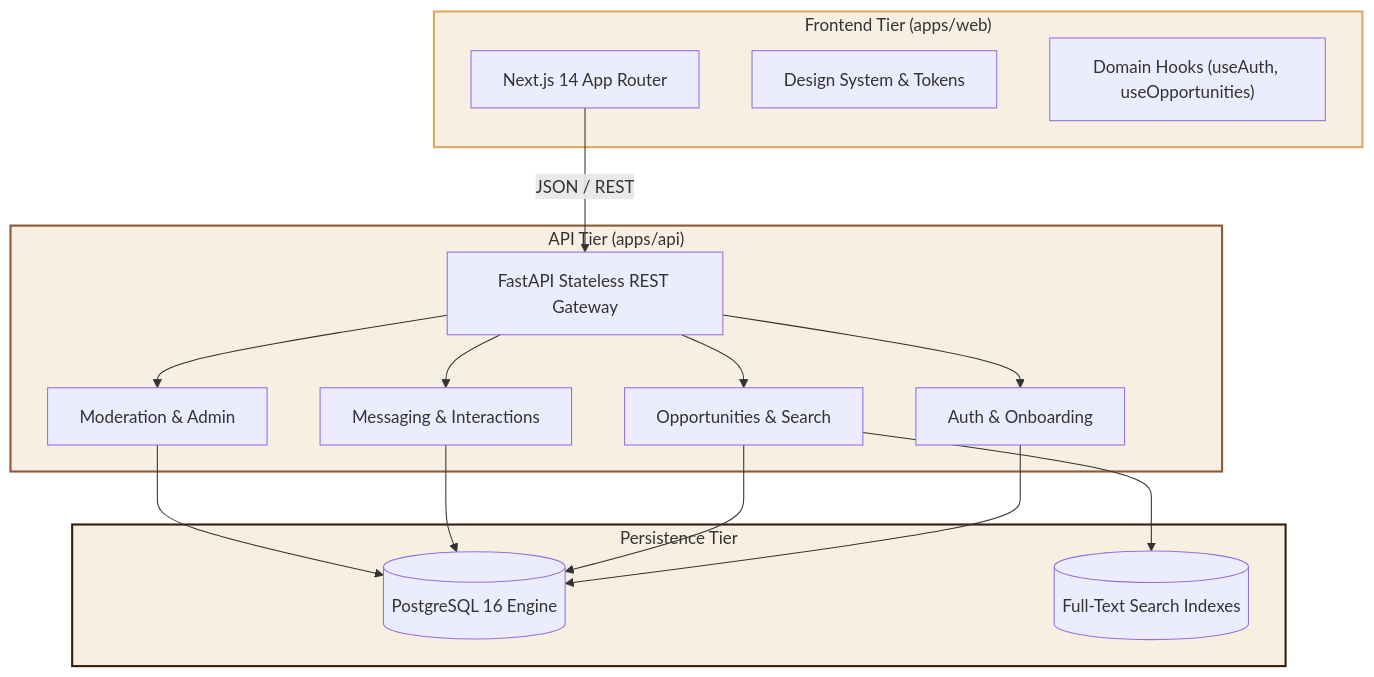
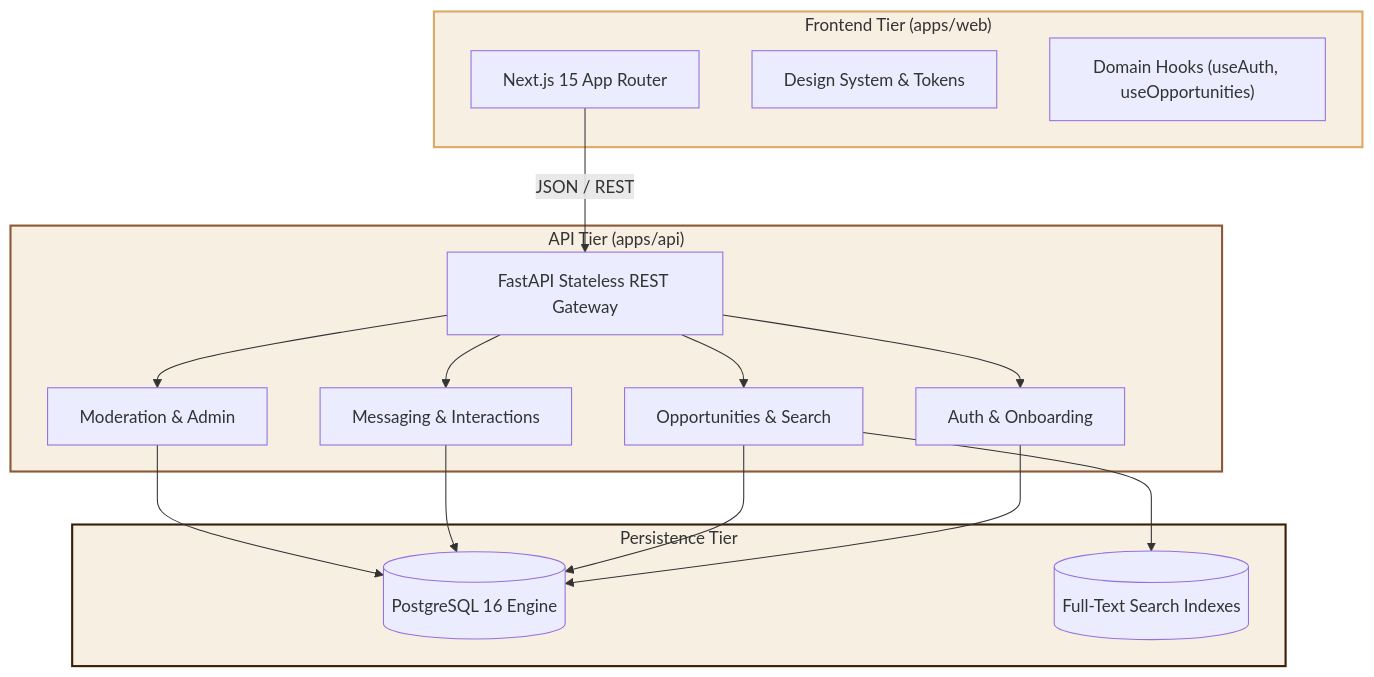
Before and after one commit to dasarisasidharnaidu6-stack/Cocollaber1: the third of 3 diagrams in README.md, drawn with Mermaid. The commit also changed other lines of this file and 4 other files, not shown here.

````diff
--- a/README.md
+++ b/README.md
@@ -98,30 +99,30 @@
 ```mermaid
 graph TD
     subgraph Frontend["Frontend Tier (apps/web)"]
-        NextApp["Next.js 14 App Router"]
+        NextApp["Next.js 15 App Router"]
         DS["Design System & Tokens"]
         Hooks["Domain Hooks (useAuth, useOpportunities)"]
     end
 
     subgraph Backend["API Tier (apps/api)"]
         FastAPI["FastAPI Stateless REST Gateway"]
         AuthMod["Auth & Onboarding"]
         OppMod["Opportunities & Search"]
         MsgMod["Messaging & Interactions"]
         ModMod["Moderation & Admin"]
     end
 
     subgraph Data["Persistence Tier"]
         Postgres[(PostgreSQL 16 Engine)]
         FTS[(Full-Text Search Indexes)]
     end
 
     NextApp -->|JSON / REST| FastAPI
     FastAPI --> AuthMod & OppMod & MsgMod & ModMod
     AuthMod & OppMod & MsgMod & ModMod --> Postgres
     OppMod --> FTS
 
     style Frontend fill:#F8EFE3,stroke:#DDAA66,stroke-width:2px
     style Backend fill:#F8EFE3,stroke:#8B5A36,stroke-width:2px
     style Data fill:#F8EFE3,stroke:#3B1E08,stroke-width:2px
 ```
````
